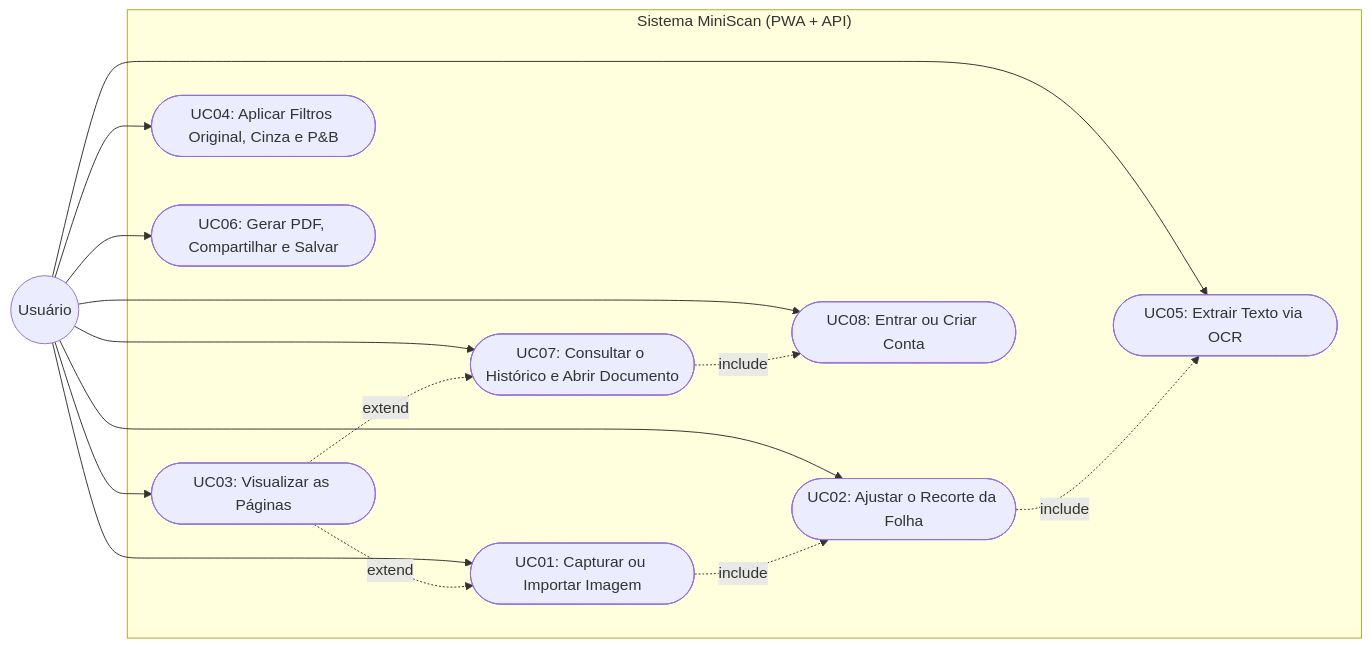
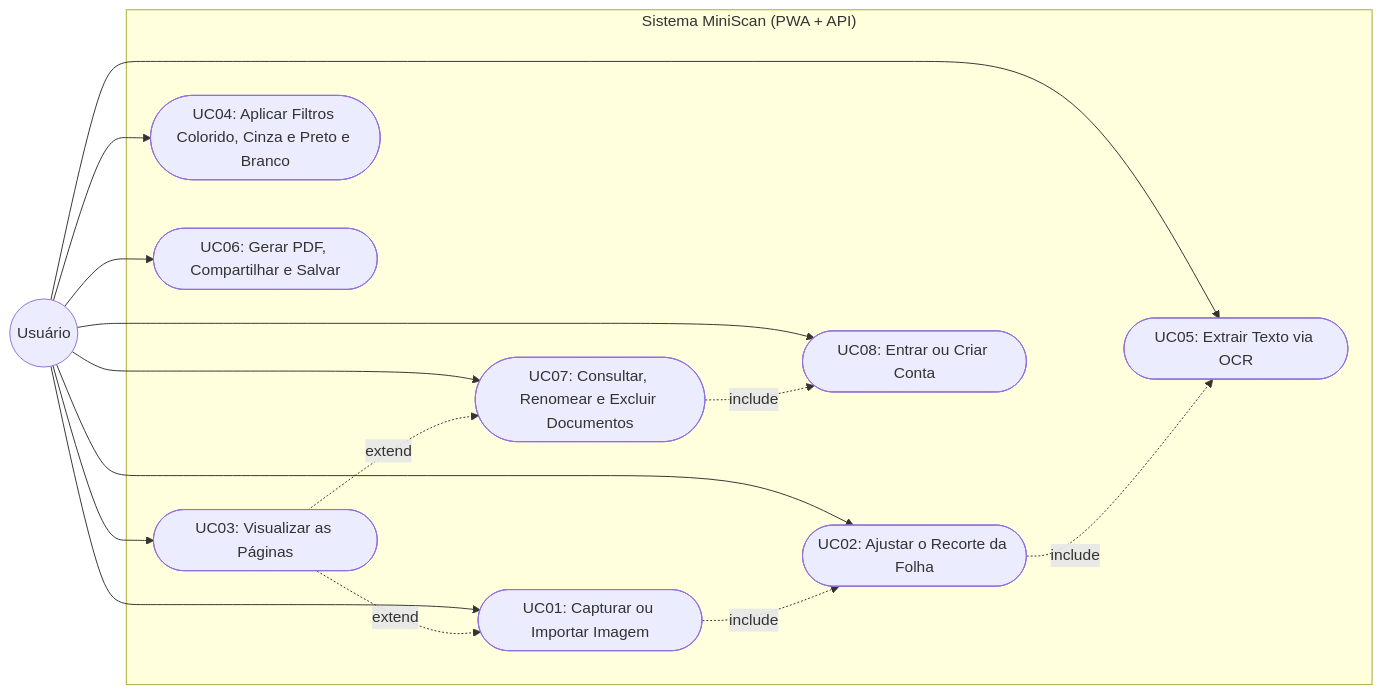
Before and after one commit to Gustavogconte/miniscan-desafio: the first of 4 diagrams in docs/documentacao_miniscan.md, drawn with Mermaid. The commit also changed other lines of this file and 4 other files, not shown here.

First line of the commit message:
docs: documenta excluir, renomear, nome sugerido e o RG ou CNH ampliado

````diff
--- a/docs/documentacao_miniscan.md
+++ b/docs/documentacao_miniscan.md
@@ -34,29 +34,29 @@
 ```mermaid
 flowchart LR
     Usuario((Usuário))
 
     subgraph MiniScan ["Sistema MiniScan (PWA + API)"]
         UC1([UC01: Capturar ou Importar Imagem])
         UC2([UC02: Ajustar o Recorte da Folha])
         UC3([UC03: Visualizar as Páginas])
-        UC4([UC04: Aplicar Filtros Original, Cinza e P&B])
+        UC4([UC04: Aplicar Filtros Colorido, Cinza e Preto e Branco])
         UC5([UC05: Extrair Texto via OCR])
         UC6([UC06: Gerar PDF, Compartilhar e Salvar])
-        UC7([UC07: Consultar o Histórico e Abrir Documento])
+        UC7([UC07: Consultar, Renomear e Excluir Documentos])
         UC8([UC08: Entrar ou Criar Conta])
     end
 
     Usuario --> UC8
     Usuario --> UC1
     Usuario --> UC2
     Usuario --> UC3
     Usuario --> UC4
     Usuario --> UC5
     Usuario --> UC6
     Usuario --> UC7
     UC1 -.->|include| UC2
     UC2 -.->|include| UC5
     UC3 -.->|extend| UC1
     UC3 -.->|extend| UC7
     UC7 -.->|include| UC8
 ```
````
